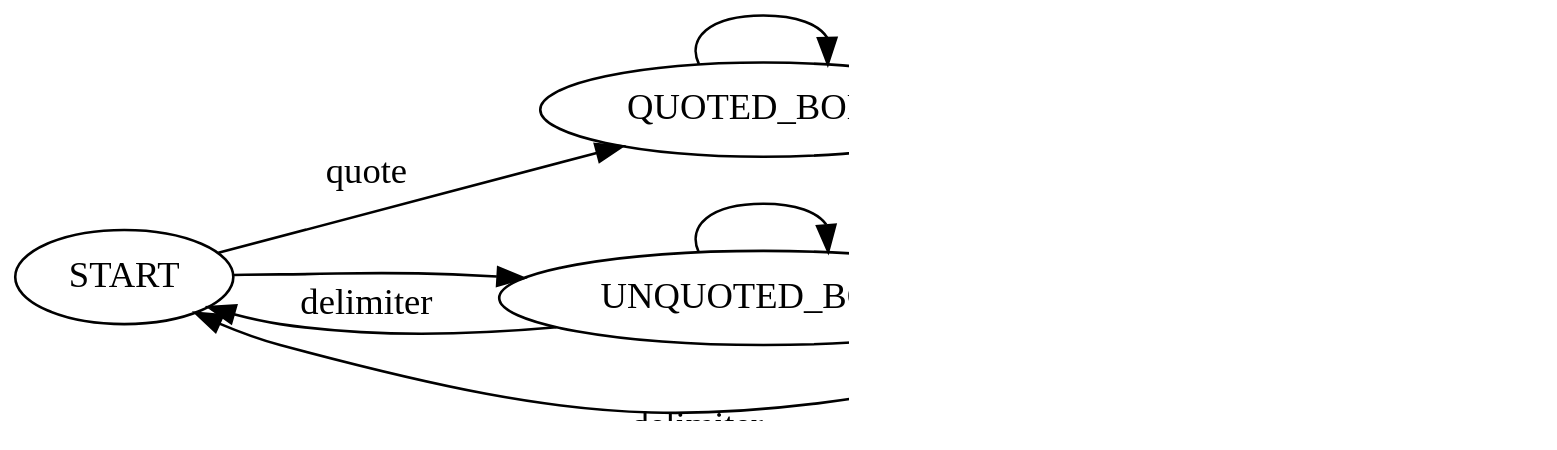
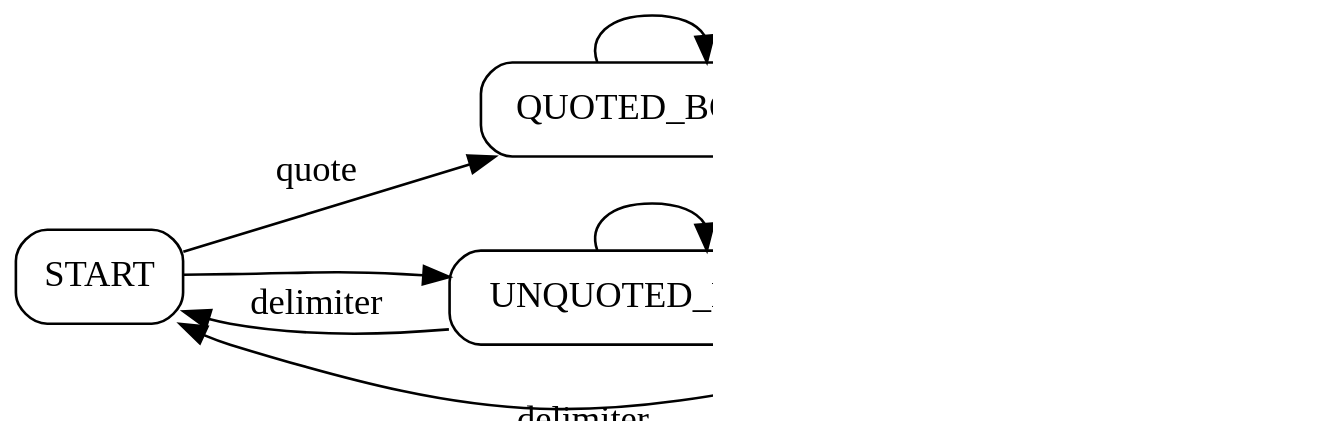
The first of 8 diagrams in slides05/src/main/asciidoc/lecture.adoc (inponomarev/java-mipt), drawn with Graphviz before and after one commit. The commit also changed other lines of this file and 2 other files, not shown here.

```diff
--- a/slides05/src/main/asciidoc/lecture.adoc
+++ b/slides05/src/main/asciidoc/lecture.adoc
@@ -112,15 +112,16 @@
-[graphviz, "dfa.png"]
+[graphviz,dfa]
 ----
 digraph G {
   graph [ dpi = 140 ];
+  node[shape=block, style="rounded"];
   rankdir="LR";
   START -> QUOTED_BODY [label="quote"];
   QUOTED_BODY -> QUOTE_READ [label="quote"];
   QUOTED_BODY -> QUOTED_BODY [label = ""];
   QUOTE_READ -> QUOTED_BODY [label="quote"];
   START -> UNQUOTED_BODY;
   UNQUOTED_BODY -> UNQUOTED_BODY;
   QUOTE_READ -> START [xlabel="delimiter"]
   UNQUOTED_BODY -> START [label="delimiter"]
 }
 ----
```
